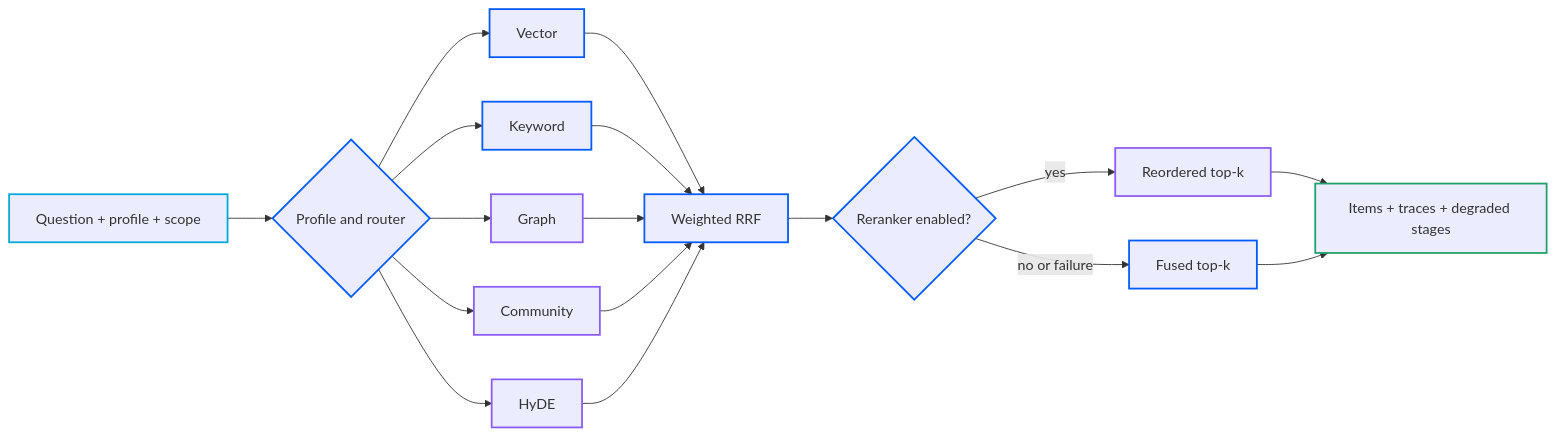
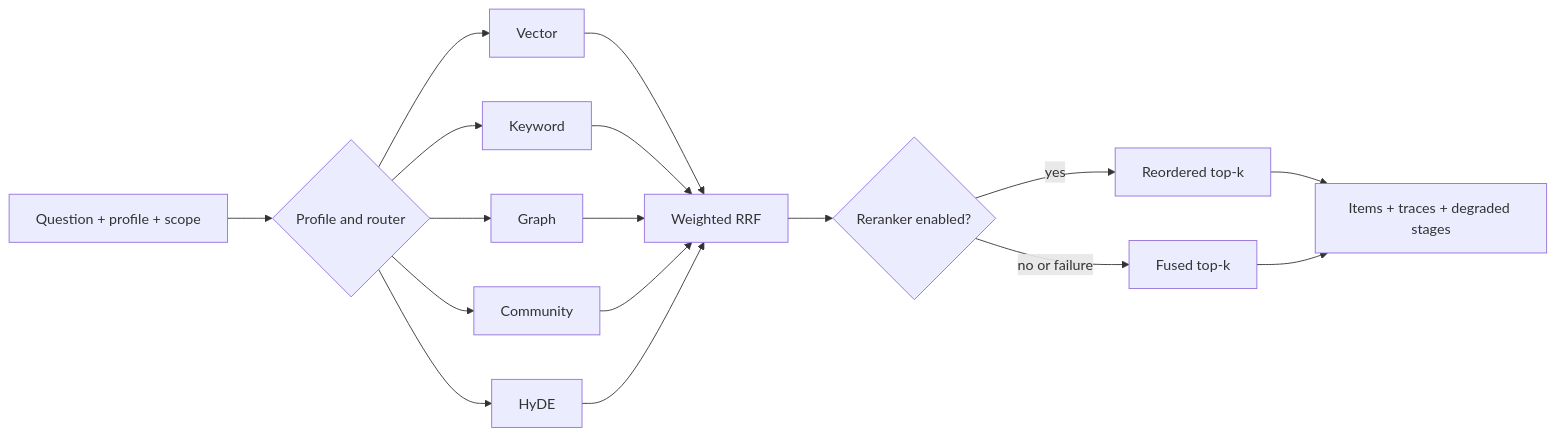
The second of 2 diagrams in docs/architecture.md (sustainability-software-lab/sci-rag-kit), drawn with Mermaid before and after one commit. The commit also changed other lines of this file and 19 other files, not shown here.

````diff
--- a/docs/architecture.md
+++ b/docs/architecture.md
@@ -80,28 +71,19 @@
 ```mermaid
 flowchart LR
   Q[Question + profile + scope] --> ROUTE{Profile and router}
   ROUTE --> V[Vector]
   ROUTE --> K[Keyword]
   ROUTE --> G[Graph]
   ROUTE --> C[Community]
   ROUTE --> H[HyDE]
   V --> F[Weighted RRF]
   K --> F
   G --> F
   C --> F
   H --> F
   F --> RR{Reranker enabled?}
   RR -->|yes| P[Reordered top-k]
   RR -->|no or failure| B[Fused top-k]
   P --> O[Items + traces + degraded stages]
   B --> O
-
-  classDef source stroke:#00a8d6,stroke-width:2px
-  classDef process stroke:#005bfd,stroke-width:2px
-  classDef graphNode stroke:#8b5cf6,stroke-width:2px
-  classDef verify stroke:#22a06b,stroke-width:2px
-  class Q source
-  class ROUTE,V,K,F,RR,B process
-  class G,C,H,P graphNode
-  class O verify
 ```
````
